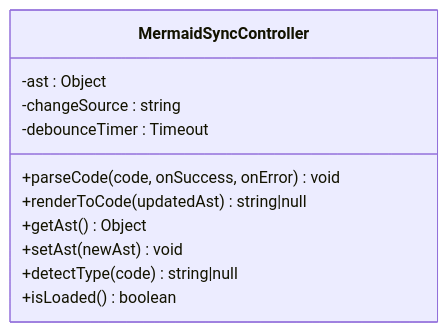
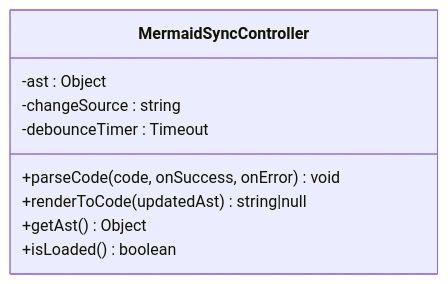
Before and after one commit to ongchonghian/universal-diagram-editor: the third of 6 diagrams in .qoder/repowiki/en/content/Advanced Features/Bi-directional Synchronization.md, drawn with Mermaid. The commit also changed other lines of this file and 31 other files, not shown here.

````diff
--- a/.qoder/repowiki/en/content/Advanced Features/Bi-directional Synchronization.md
+++ b/.qoder/repowiki/en/content/Advanced Features/Bi-directional Synchronization.md
@@ -176,14 +167,12 @@
 ```mermaid
 classDiagram
 class MermaidSyncController {
 -ast : Object
 -changeSource : string
 -debounceTimer : Timeout
 +parseCode(code, onSuccess, onError) void
 +renderToCode(updatedAst) string|null
 +getAst() Object
-+setAst(newAst) void
-+detectType(code) string|null
 +isLoaded() boolean
 }
 ```
````
